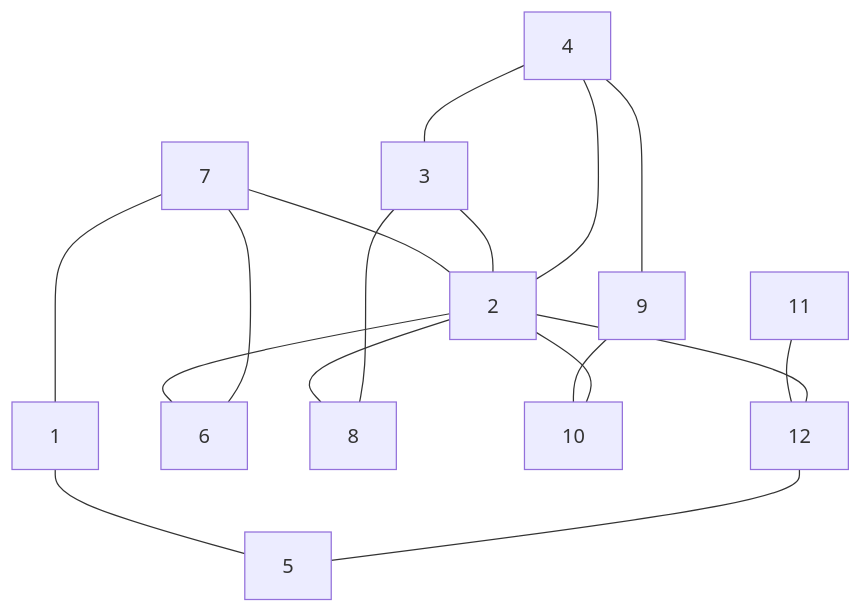
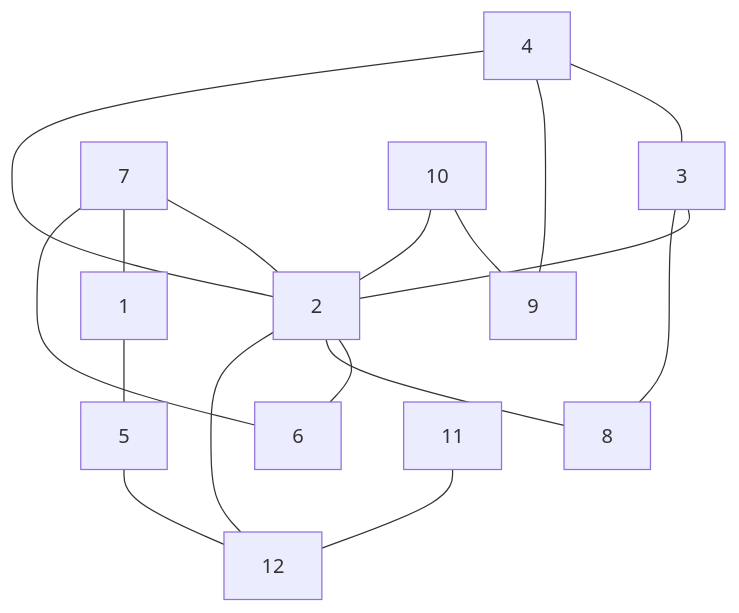
The diagram in README.md (antononcube/Raku-Graph), drawn with Mermaid before and after one commit. The commit also changed other lines of this file and 1 other file, not shown here.

````diff
--- a/README.md
+++ b/README.md
@@ -84,19 +144,19 @@
 ```mermaid
 graph TD
-4 --- 9
-4 --- 2
-4 --- 3
-3 --- 2
-3 --- 8
+10 --- 9
+10 --- 2
 7 --- 2
 7 --- 1
 7 --- 6
-2 --- 10
+4 --- 3
+4 --- 9
+4 --- 2
+3 --- 2
+3 --- 8
+2 --- 6
 2 --- 8
-2 --- 6
 2 --- 12
 11 --- 12
-12 --- 5
-9 --- 10
 1 --- 5
+5 --- 12
 ```
````
